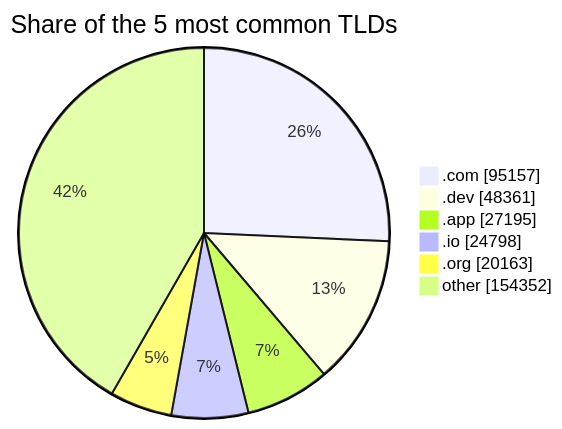
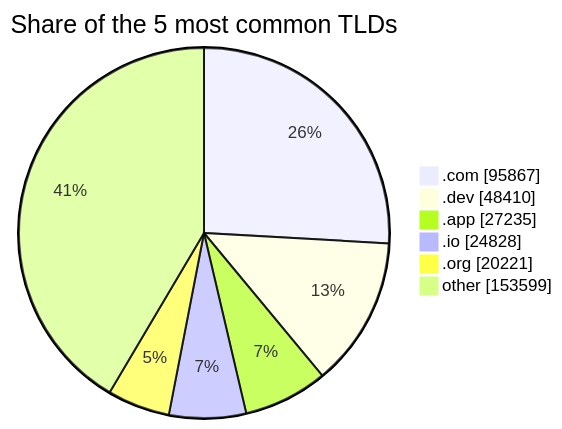
Before and after one commit to DNSBunker/CTI: the third of 3 diagrams in README.md, drawn with Mermaid. The commit also changed other lines of this file and 3 other files, not shown here.

````diff
--- a/README.md
+++ b/README.md
@@ -81,9 +81,9 @@
 ```mermaid
 pie showData title Share of the 5 most common TLDs
-    ".com" : 95157
-    ".dev" : 48361
-    ".app" : 27195
-    ".io" : 24798
-    ".org" : 20163
-    "other" : 154352
+    ".com" : 95867
+    ".dev" : 48410
+    ".app" : 27235
+    ".io" : 24828
+    ".org" : 20221
+    "other" : 153599
 ```
````
